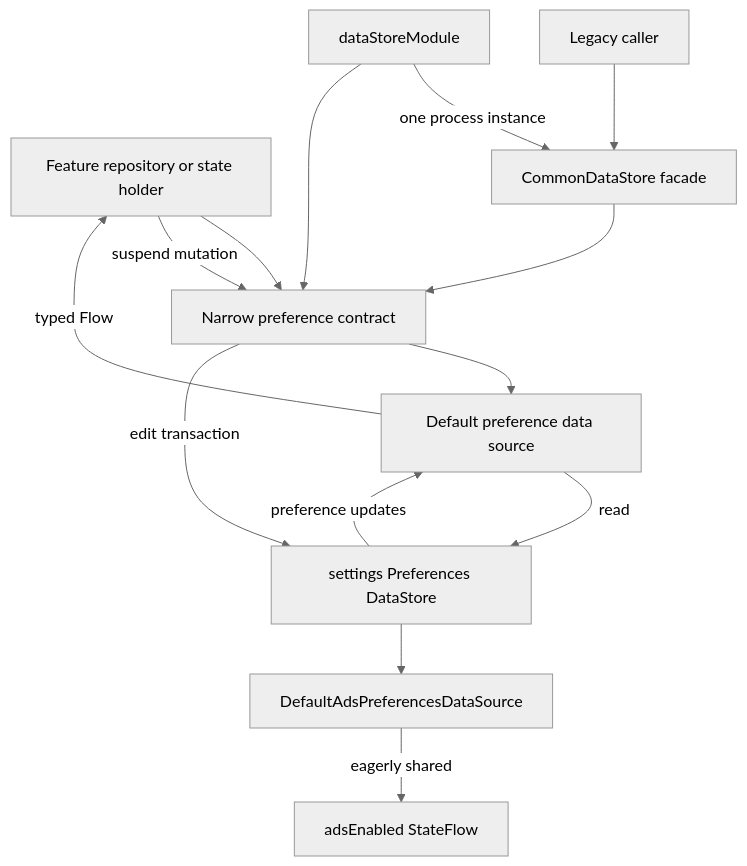
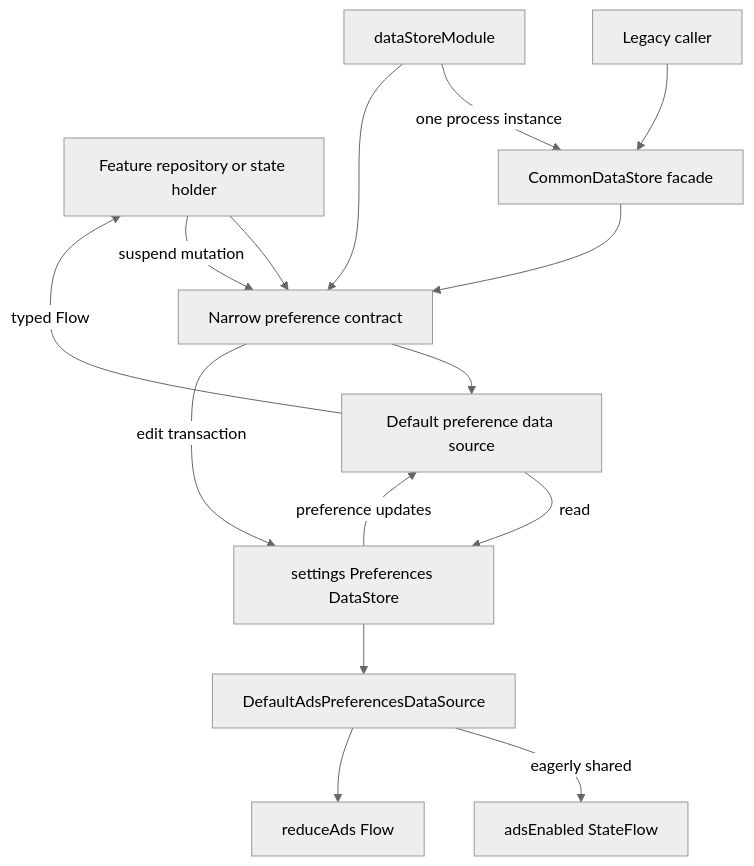
One commit to MihaiCristianCondrea/App-Toolkit-for-Android changed the diagram in library/core/datastore/README.md. Above: the diagram before and after it, drawn with Mermaid (neutral theme). The commit also changed other lines of this file and 47 other files, not shown here.

Commit message:
Add reduce ads preference support to suppress App Open ads

````diff
--- a/library/core/datastore/README.md
+++ b/library/core/datastore/README.md
@@ -42,16 +42,17 @@
 ```mermaid
 flowchart TD
     Caller[Feature repository or state holder] --> Narrow["Narrow preference contract"]
     Legacy[Legacy caller] --> Facade[CommonDataStore facade]
     Facade --> Narrow
     Narrow --> Source[Default preference data source]
     Source -->|read| Store["settings Preferences DataStore"]
     Caller -->|suspend mutation| Narrow
     Narrow -->|edit transaction| Store
     Store -->|preference updates| Source
     Source -->|typed Flow| Caller
     Ads[DefaultAdsPreferencesDataSource] -->|eagerly shared| AdsState[adsEnabled StateFlow]
+    Ads --> Reduce[reduceAds Flow]
     Store --> Ads
     Module[dataStoreModule] -->|one process instance| Facade
     Module --> Narrow
 ```
````
